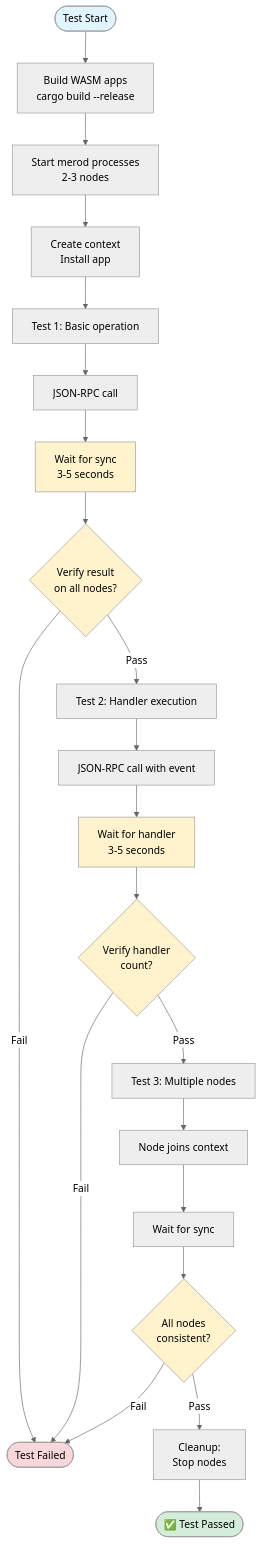
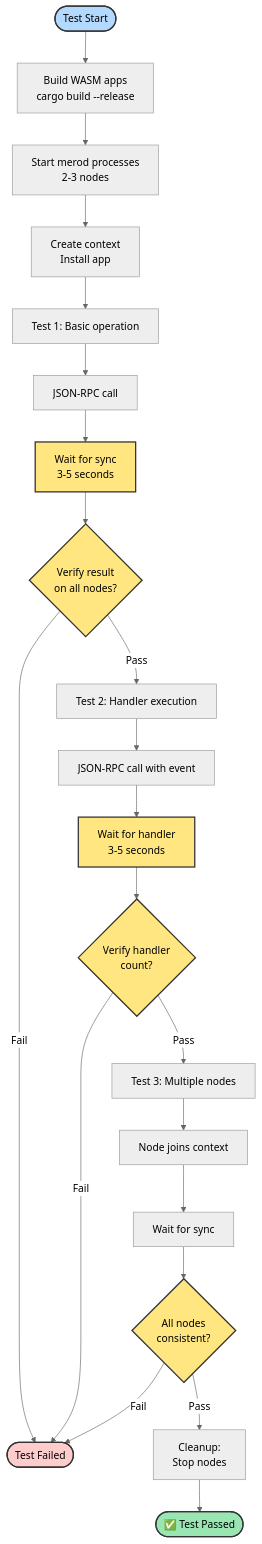
The seventh of 7 diagrams in crates/sdk/README.md (calimero-network/core), drawn with Mermaid (neutral theme) before and after one commit. The commit also changed other lines of this file and 4 other files, not shown here.

First line of the commit message:
fix(docs): improve mermaid diagram accessibility and fix parsing errors

````diff
--- a/crates/sdk/README.md
+++ b/crates/sdk/README.md
@@ -563,40 +563,40 @@
 ```mermaid
 flowchart TB
     Start([Test Start]) --> Build[Build WASM apps<br/>cargo build --release]
     Build --> StartNodes[Start merod processes<br/>2-3 nodes]
     
     StartNodes --> CreateCtx[Create context<br/>Install app]
     
     CreateCtx --> Test1[Test 1: Basic operation]
     Test1 --> Call1[JSON-RPC call]
     Call1 --> Wait1[Wait for sync<br/>3-5 seconds]
     Wait1 --> Verify1{Verify result<br/>on all nodes?}
     
     Verify1 -->|Pass| Test2[Test 2: Handler execution]
     Verify1 -->|Fail| Fail([Test Failed])
     
     Test2 --> Call2[JSON-RPC call with event]
     Call2 --> Wait2[Wait for handler<br/>3-5 seconds]
     Wait2 --> Verify2{Verify handler<br/>count?}
     
     Verify2 -->|Pass| Test3[Test 3: Multiple nodes]
     Verify2 -->|Fail| Fail
     
     Test3 --> Join[Node joins context]
     Join --> Sync[Wait for sync]
     Sync --> Verify3{All nodes<br/>consistent?}
     
     Verify3 -->|Pass| Cleanup[Cleanup:<br/>Stop nodes]
     Verify3 -->|Fail| Fail
     
     Cleanup --> Success([✅ Test Passed])
     
-    style Start fill:#e1f5ff
-    style Success fill:#d4edda
-    style Fail fill:#f8d7da
-    style Wait1 fill:#fff3cd
-    style Wait2 fill:#fff3cd
-    style Verify1 fill:#fff3cd
-    style Verify2 fill:#fff3cd
-    style Verify3 fill:#fff3cd
+    style Start fill:#b3d9ff,stroke:#333,stroke-width:2px,color:#000
+    style Success fill:#99e6b3,stroke:#333,stroke-width:2px,color:#000
+    style Fail fill:#ffcccc,stroke:#333,stroke-width:2px,color:#000
+    style Wait1 fill:#ffe680,stroke:#333,stroke-width:2px,color:#000
+    style Wait2 fill:#ffe680,stroke:#333,stroke-width:2px,color:#000
+    style Verify1 fill:#ffe680,stroke:#333,stroke-width:2px,color:#000
+    style Verify2 fill:#ffe680,stroke:#333,stroke-width:2px,color:#000
+    style Verify3 fill:#ffe680,stroke:#333,stroke-width:2px,color:#000
 ```
````
